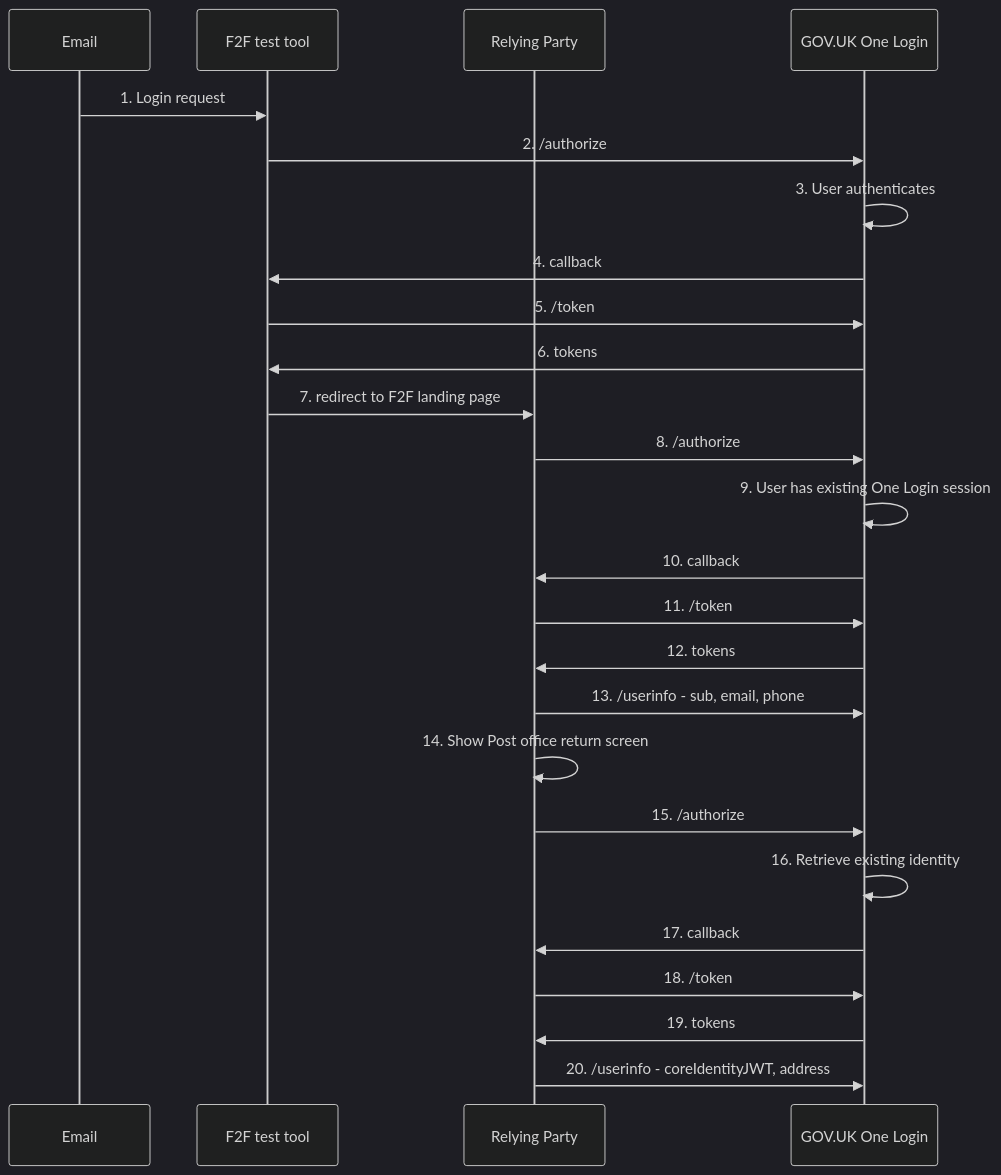
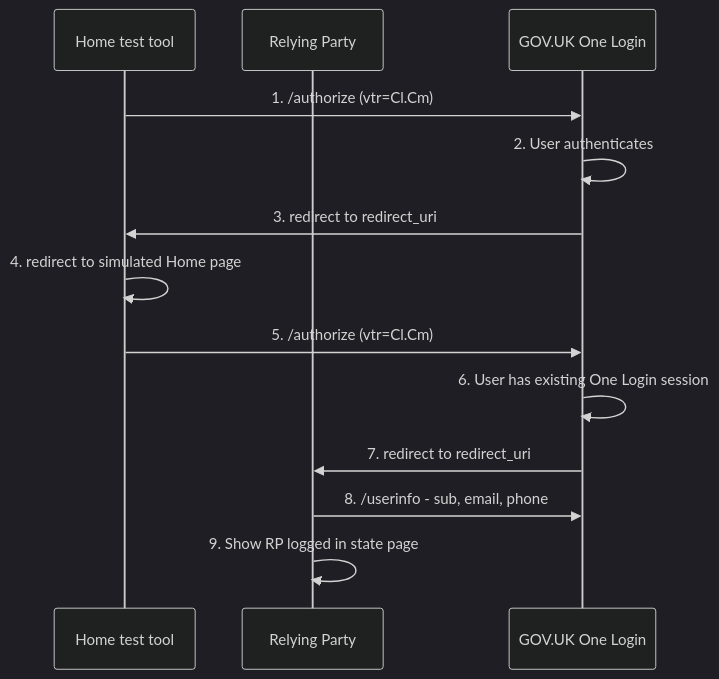
One commit to govuk-one-login/onboarding-examples changed the second of 2 diagrams in tools/home-test/README.md. Above: the diagram before and after it, drawn with Mermaid (dark theme). The commit also changed other lines of this file, not shown here.

Commit message:
Updated homepage test readme

````diff
--- a/tools/home-test/README.md
+++ b/tools/home-test/README.md
@@ -61,29 +57,17 @@
 ```mermaid
 
 sequenceDiagram
-    participant E as Email
-    participant F as F2F test tool    
+    participant H as Home test tool    
     participant R as Relying Party
     participant O as GOV.UK One Login
-    E->>F: 1. Login request
-    F->>O: 2. /authorize
-    O->>O: 3. User authenticates
-    O->>F: 4. callback
-    F->>O: 5. /token
-    O->>F: 6. tokens
-    F->>R: 7. redirect to F2F landing page
-    R->>O: 8. /authorize
-    O->>O: 9. User has existing One Login session
-    O->>R: 10. callback
-    R->>O: 11. /token
-    O->>R: 12. tokens
-    R->>O: 13. /userinfo - sub, email, phone
-    R->>R: 14. Show Post office return screen
-    R->>O: 15. /authorize
-    O->>O: 16. Retrieve existing identity
-    O->>R: 17. callback
-    R->>O: 18. /token
-    O->>R: 19. tokens
-    R->>O: 20. /userinfo - coreIdentityJWT, address
+    H->>O: 1. /authorize (vtr=Cl.Cm)
+    O->>O: 2. User authenticates
+    O->>H: 3. redirect to redirect_uri
+    H->>H: 4. redirect to simulated Home page
+    H->>O: 5. /authorize (vtr=Cl.Cm)
+    O->>O: 6. User has existing One Login session
+    O->>R: 7. redirect to redirect_uri
+    R->>O: 8. /userinfo - sub, email, phone    
+    R->>R: 9. Show RP logged in state page
 
 ```
````
